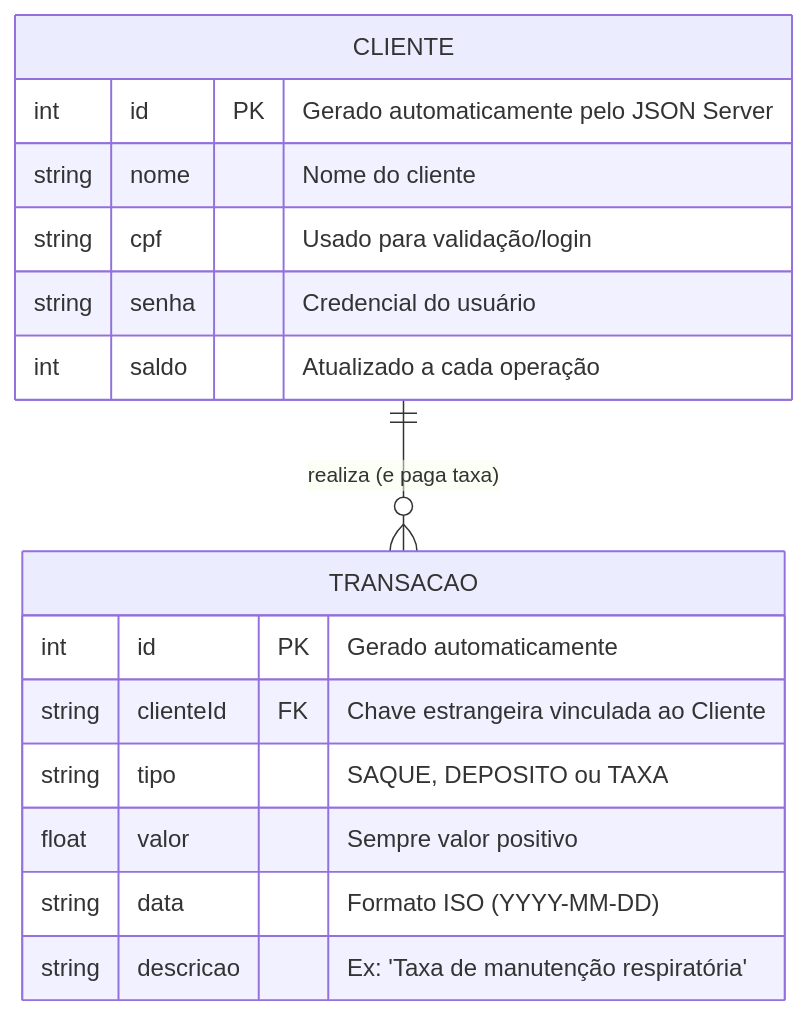
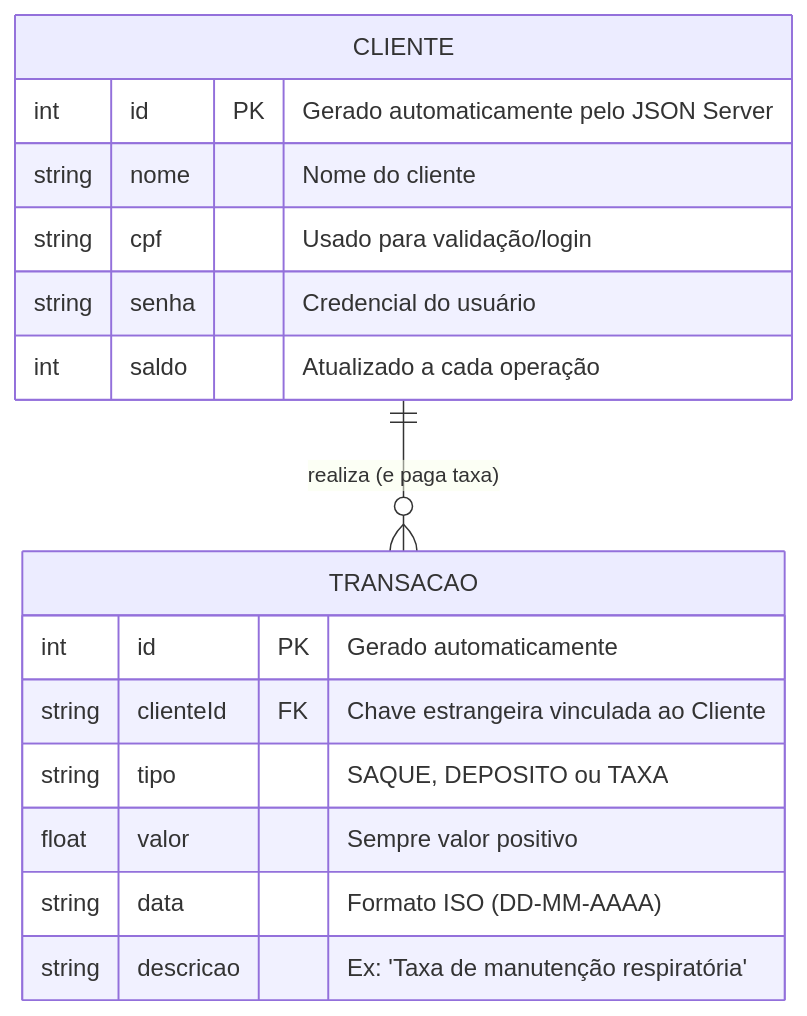
One commit to flpiensen/sobrou-quanto changed the second of 2 diagrams in docs/architecture.md. Above: the diagram before and after it, drawn with Mermaid.

Commit message:
Update date format in architecture documentation

````diff
--- a/docs/architecture.md
+++ b/docs/architecture.md
@@ -28,19 +28,19 @@
 ```mermaid
 erDiagram
     CLIENTE ||--o{ TRANSACAO : "realiza (e paga taxa)"
     CLIENTE {
         int id PK "Gerado automaticamente pelo JSON Server"
         string nome "Nome do cliente"
         string cpf "Usado para validação/login"
         string senha "Credencial do usuário"
         int saldo "Atualizado a cada operação"
     }
     TRANSACAO {
         int id PK "Gerado automaticamente"
         string clienteId FK "Chave estrangeira vinculada ao Cliente"
         string tipo "SAQUE, DEPOSITO ou TAXA"
         float valor "Sempre valor positivo"
-        string data "Formato ISO (YYYY-MM-DD)"
+        string data "Formato ISO (DD-MM-AAAA)"
         string descricao "Ex: 'Taxa de manutenção respiratória'"
     }
 ```
````
